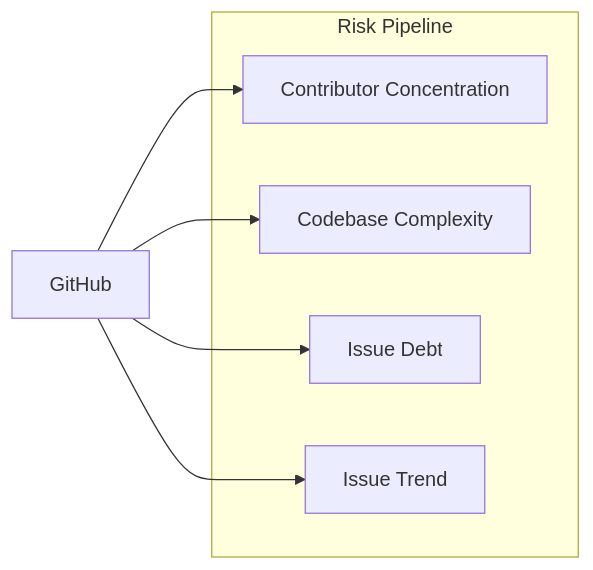
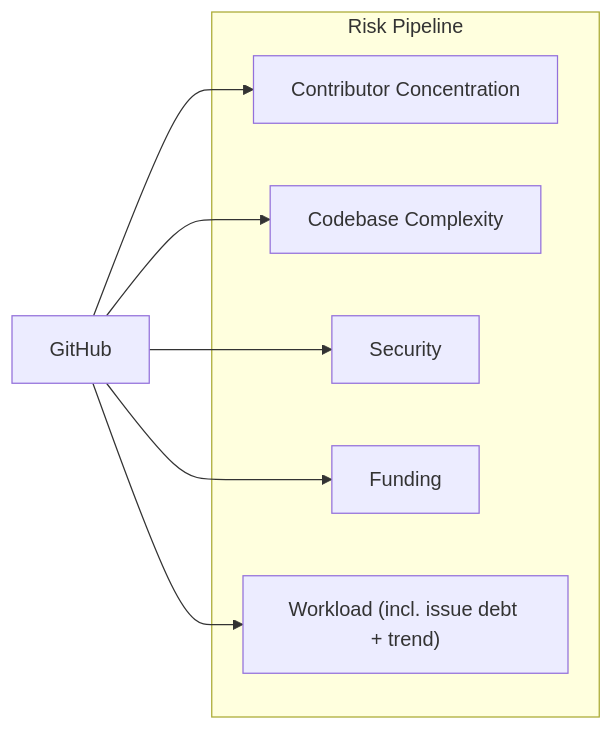
One commit to osendowment/model changed the diagram in docs/risk.md. Above: the diagram before and after it, drawn with Mermaid. The commit also changed other lines of this file and 1 other file, not shown here.

Commit message:
docs(risk): drop 'risk classifications' wording + fix dimension diagram
aggregate_risk.py 'Aggregate into risk classifications' → 'Aggregate the
per-dimension scores into the overall risk score' (no class layer). Update
the Risk-pipeline mermaid from the stale 4 nodes (concentration/complexity/
issue-debt/issue-trend) to the actual five dimensions (concentration,
complexity, security, funding, workload — debt+trend folded into workload).

````diff
--- a/docs/risk.md
+++ b/docs/risk.md
@@ -88,16 +88,18 @@
 ```mermaid
 graph LR
     github["GitHub"]
 
     subgraph Risk["Risk Pipeline"]
         concentration["Contributor Concentration"]
         complexity["Codebase Complexity"]
-        debt["Issue Debt"]
-        trend["Issue Trend"]
+        security["Security"]
+        funding["Funding"]
+        workload["Workload (incl. issue debt + trend)"]
     end
 
     github --> concentration
     github --> complexity
-    github --> debt
-    github --> trend
+    github --> security
+    github --> funding
+    github --> workload
 ```
````
